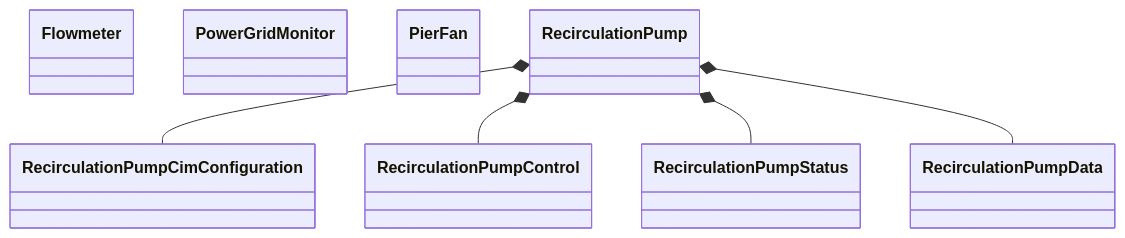
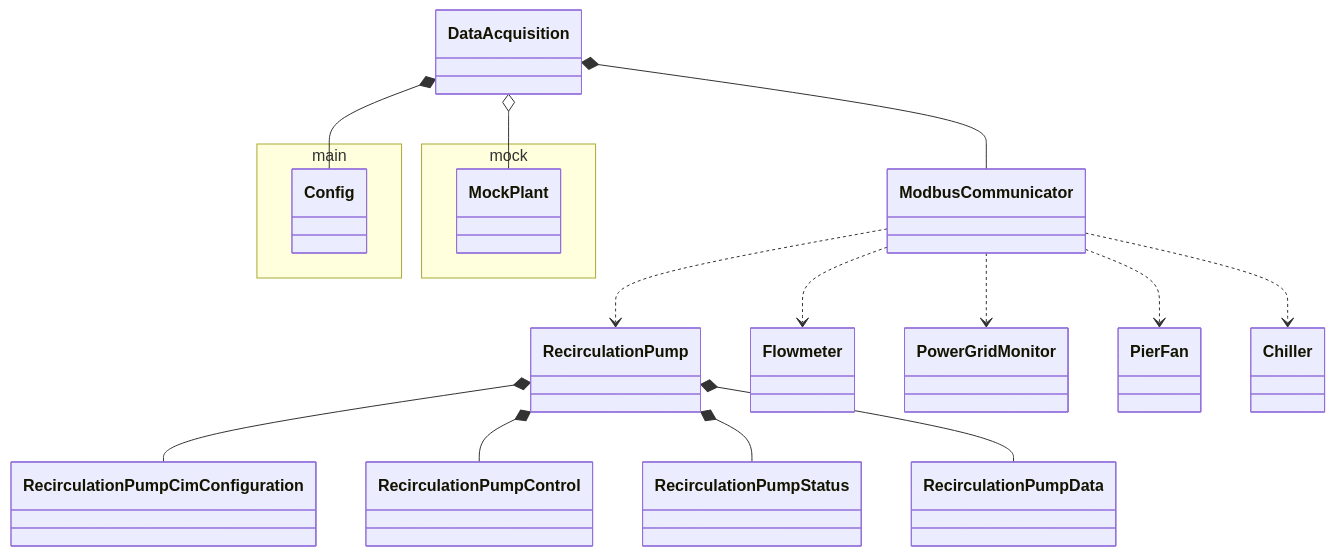
The second of 3 diagrams in doc/class_diagram.md (lsst-ts/ts_dynalene), drawn with Mermaid before and after one commit. The commit also changed other lines of this file, not shown here.

Commit message:
Update the class diagram.

````diff
--- a/doc/class_diagram.md
+++ b/doc/class_diagram.md
@@ -20,12 +20,25 @@
 ```mermaid
 classDiagram
 
-class Flowmeter
-class PowerGridMonitor
-class PierFan
+namespace main {
+  class Config
+}
+namespace mock {
+  class MockPlant
+}
 
 RecirculationPump *-- RecirculationPumpCimConfiguration
 RecirculationPump *-- RecirculationPumpControl
 RecirculationPump *-- RecirculationPumpStatus
 RecirculationPump *-- RecirculationPumpData
+
+ModbusCommunicator ..> Flowmeter
+ModbusCommunicator ..> PowerGridMonitor
+ModbusCommunicator ..> PierFan
+ModbusCommunicator ..> RecirculationPump
+ModbusCommunicator ..> Chiller
+
+DataAcquisition *-- Config
+DataAcquisition *-- ModbusCommunicator
+DataAcquisition o-- MockPlant
 ```
````
